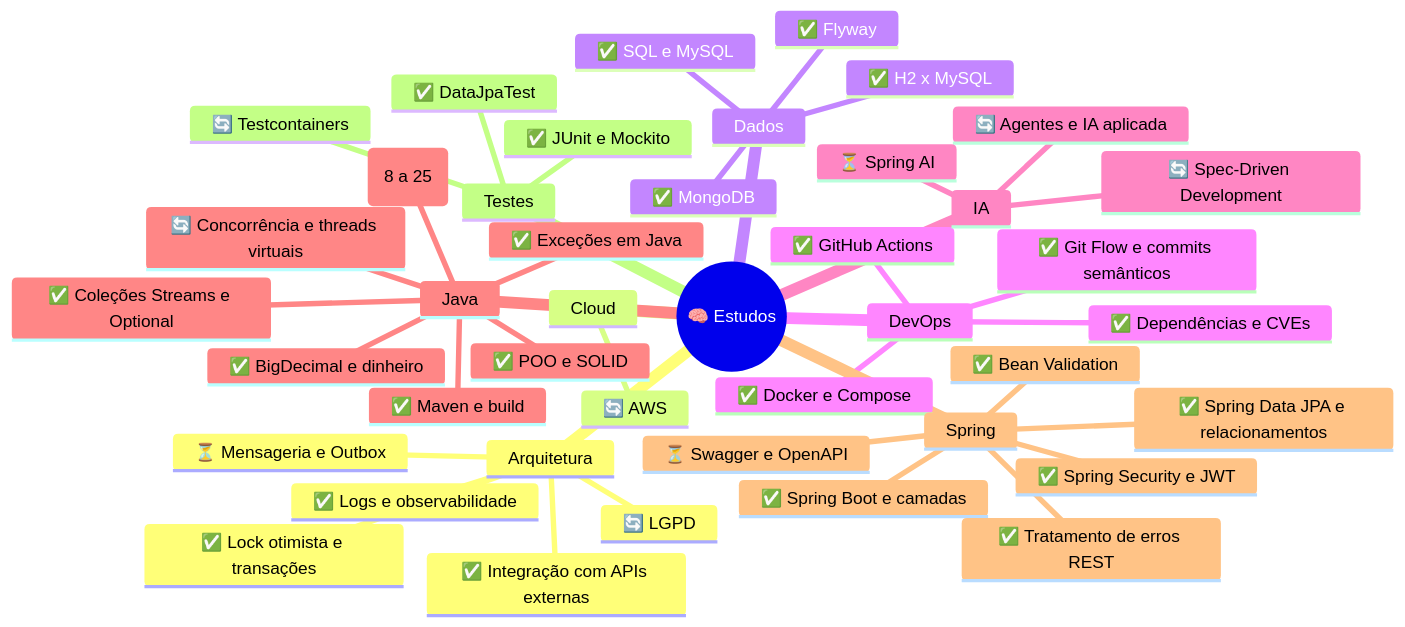
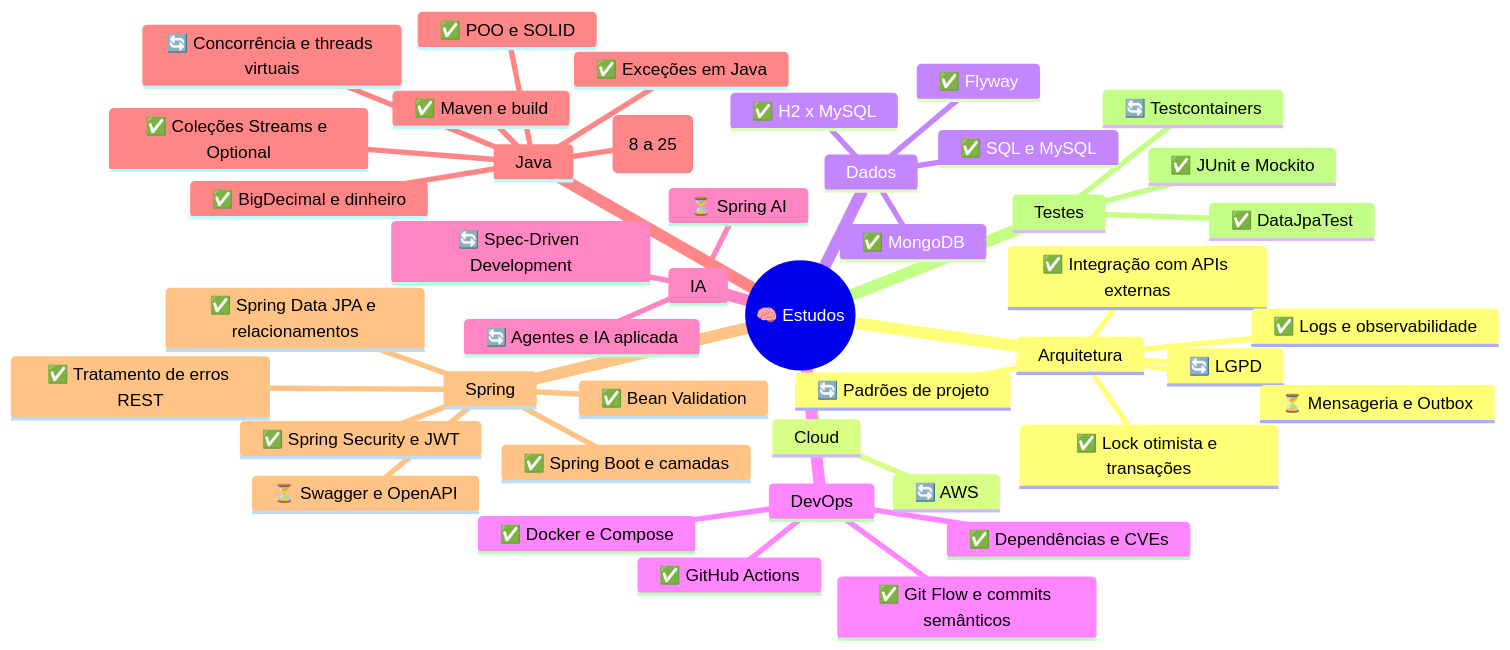
Diagram 15 of 17 in README.md (k3vinrich4rd/k3vinrich4rd), drawn with Mermaid before and after one commit. The commit also changed other lines of this file and 7 other files, not shown here.

````diff
--- a/README.md
+++ b/README.md
@@ -1662,45 +1662,46 @@
 ```mermaid
 mindmap
   root((🧠 Estudos))
     Arquitetura
       ✅ Integração com APIs externas
       🔄 LGPD
       ✅ Lock otimista e transações
       ✅ Logs e observabilidade
       ⏳ Mensageria e Outbox
+      🔄 Padrões de projeto
     Cloud
       🔄 AWS
     Dados
       ✅ Flyway
       ✅ H2 x MySQL
       ✅ MongoDB
       ✅ SQL e MySQL
     DevOps
       ✅ Dependências e CVEs
       ✅ Docker e Compose
       ✅ Git Flow e commits semânticos
       ✅ GitHub Actions
     IA
       🔄 Agentes e IA aplicada
       🔄 Spec-Driven Development
       ⏳ Spring AI
     Java
       ✅ BigDecimal e dinheiro
       ✅ Coleções Streams e Optional
       🔄 Concorrência e threads virtuais
       ✅ Exceções em Java
       🔄 Java moderno (8 a 25)
       ✅ Maven e build
       ✅ POO e SOLID
     Spring
       ✅ Bean Validation
       ✅ Spring Boot e camadas
       ✅ Spring Data JPA e relacionamentos
       ✅ Spring Security e JWT
       ⏳ Swagger e OpenAPI
       ✅ Tratamento de erros REST
     Testes
       ✅ DataJpaTest
       ✅ JUnit e Mockito
       🔄 Testcontainers
 ```
````
